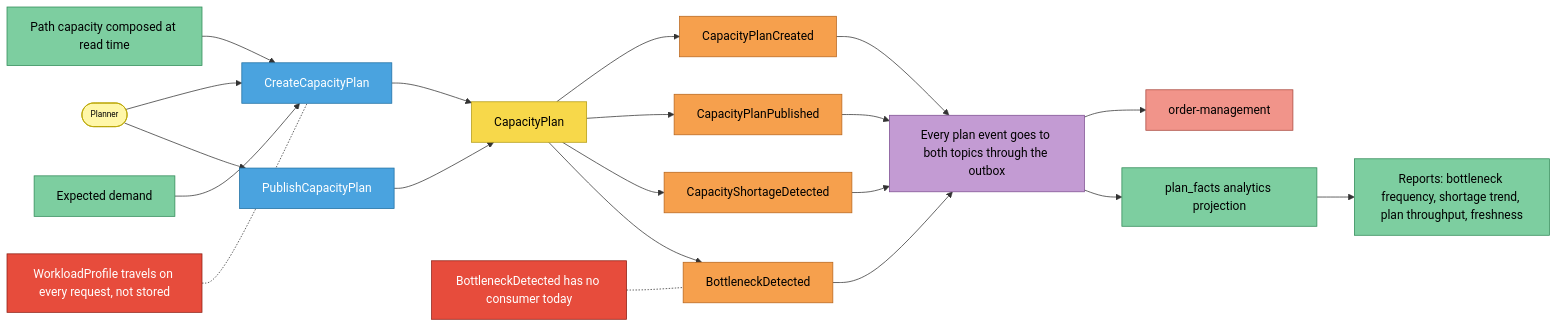
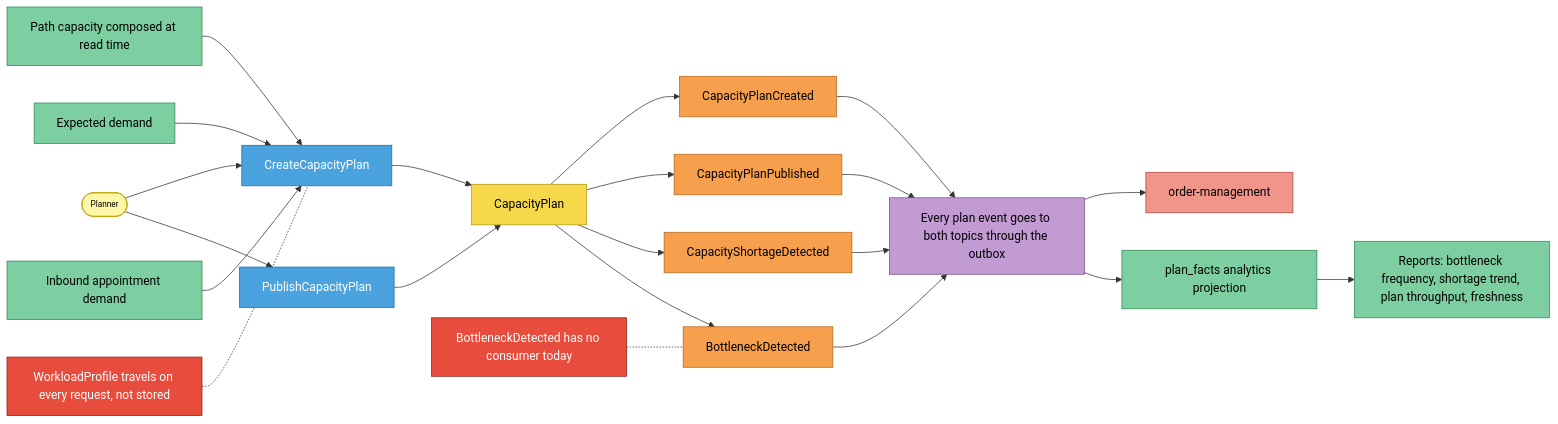
Before and after one commit to IQVO/warehouse-planning: the third of 6 diagrams in docs/docs/ddd/eventstorming.md, drawn with Mermaid. The commit also changed other lines of this file and 9 other files, not shown here.

````diff
--- a/docs/docs/ddd/eventstorming.md
+++ b/docs/docs/ddd/eventstorming.md
@@ -83,31 +92,32 @@
 ```mermaid
 flowchart LR
   PL([Planner]):::actor --> C1[CreateCapacityPlan]:::command
   R1[Path capacity composed at read time]:::readmodel --> C1
   R2[Expected demand]:::readmodel --> C1
+  R5[Inbound appointment demand]:::readmodel --> C1
   C1 --> A1[CapacityPlan]:::aggregate
   A1 --> E1[CapacityPlanCreated]:::event
   PL --> C2[PublishCapacityPlan]:::command
   C2 --> A1
   A1 --> E2[CapacityPlanPublished]:::event
   A1 --> E3[CapacityShortageDetected]:::event
   A1 --> E4[BottleneckDetected]:::event
   E1 --> P1[Every plan event goes to both topics through the outbox]:::policy
   E2 --> P1
   E3 --> P1
   E4 --> P1
   P1 --> OM[order-management]:::external
   P1 --> R3[plan_facts analytics projection]:::readmodel
   R3 --> R4[Reports: bottleneck frequency, shortage trend, plan throughput, freshness]:::readmodel
   H1[BottleneckDetected has no consumer today]:::hotspot -.- E4
   H2[WorkloadProfile travels on every request, not stored]:::hotspot -.- C1
 
   classDef actor fill:#fff7a8,stroke:#b8a400,color:#000,font-size:11px
   classDef command fill:#4aa3df,stroke:#1f6fa3,color:#fff
   classDef aggregate fill:#f7d84a,stroke:#b39b12,color:#000
   classDef event fill:#f6a04d,stroke:#b8661c,color:#000
   classDef policy fill:#c39bd3,stroke:#7d4f91,color:#000
   classDef readmodel fill:#7dcea0,stroke:#2f8a57,color:#000
   classDef external fill:#f1948a,stroke:#a9483e,color:#000
   classDef hotspot fill:#e74c3c,stroke:#8e1f14,color:#fff
 ```
````
